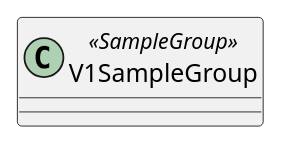
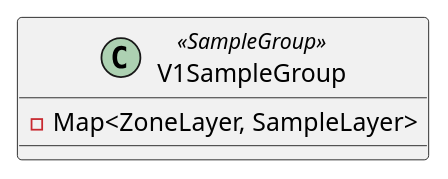
Before and after one commit to tunepruner/FingerPerc: diagram 23 of 29 in app/Documentation/Declarations.puml, drawn with PlantUML. The commit also changed 19 other files, not shown here.

```diff
--- a/app/Documentation/Declarations.puml
+++ b/app/Documentation/Declarations.puml
@@ -186,5 +186,5 @@
 @startuml(id=V1SampleGroup)
 class V1SampleGroup<<SampleGroup>>{
-
+-Map<ZoneLayer, SampleLayer>
 }
 @enduml
```
